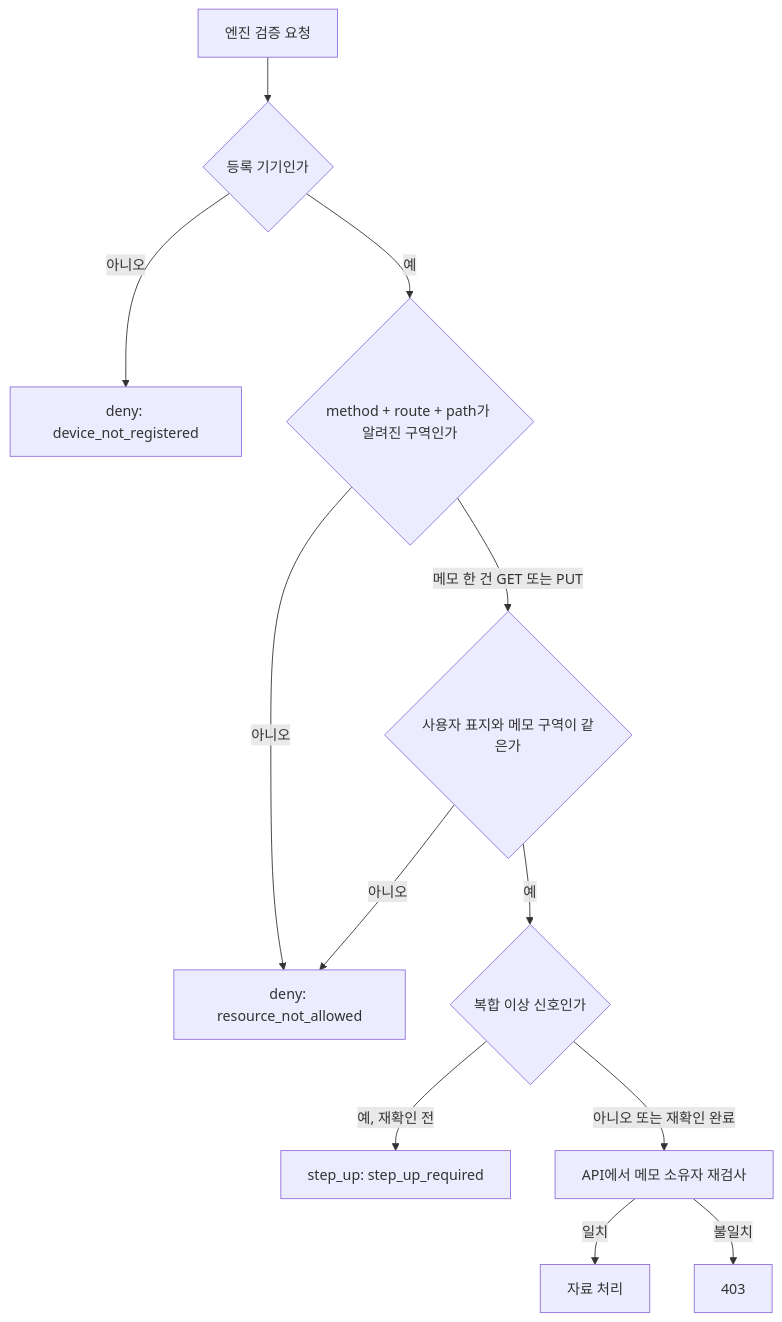
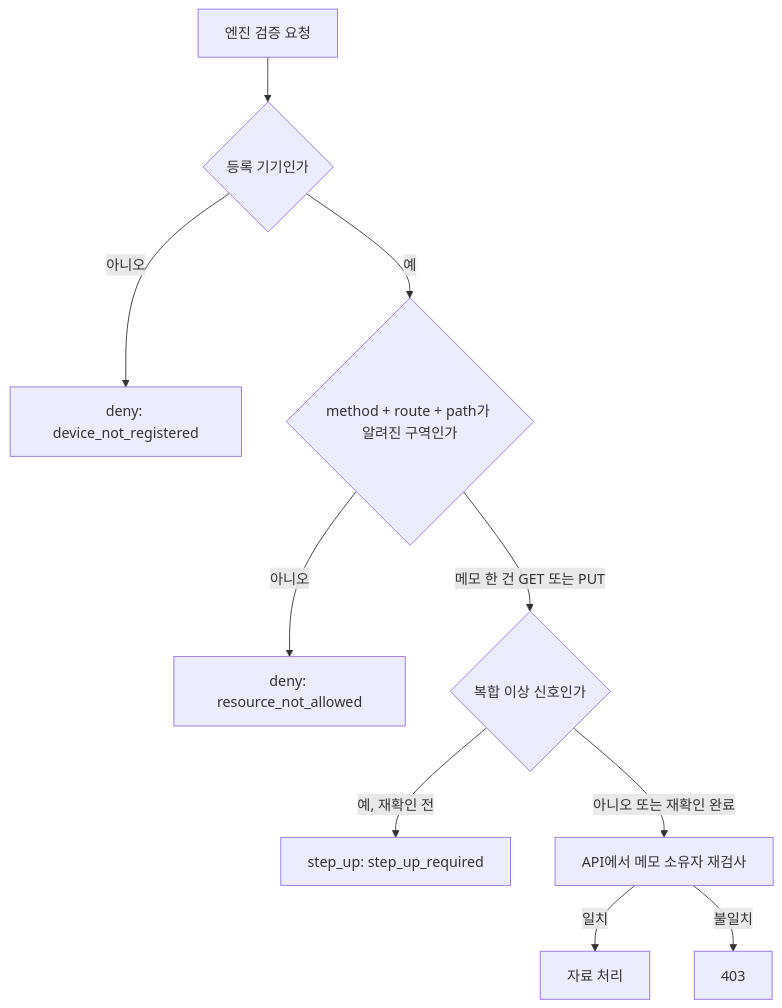
Before and after one commit to GunHeeKim127/aleph-defense: the third of 3 diagrams in README.md, drawn with Mermaid. The commit also changed other lines of this file and 4 other files, not shown here.

````diff
--- a/README.md
+++ b/README.md
@@ -326,14 +326,12 @@
 ```mermaid
 flowchart TD
   A[엔진 검증 요청] --> B{등록 기기인가}
   B -->|아니오| C[deny: device_not_registered]
   B -->|예| D{method + route + path가 알려진 구역인가}
   D -->|아니오| E[deny: resource_not_allowed]
-  D -->|메모 한 건 GET 또는 PUT| F{사용자 표지와 메모 구역이 같은가}
-  F -->|아니오| E
-  F -->|예| G{복합 이상 신호인가}
+  D -->|메모 한 건 GET 또는 PUT| G{복합 이상 신호인가}
   G -->|예, 재확인 전| H[step_up: step_up_required]
   G -->|아니오 또는 재확인 완료| I[API에서 메모 소유자 재검사]
   I -->|일치| J[자료 처리]
   I -->|불일치| K[403]
 ```
````
